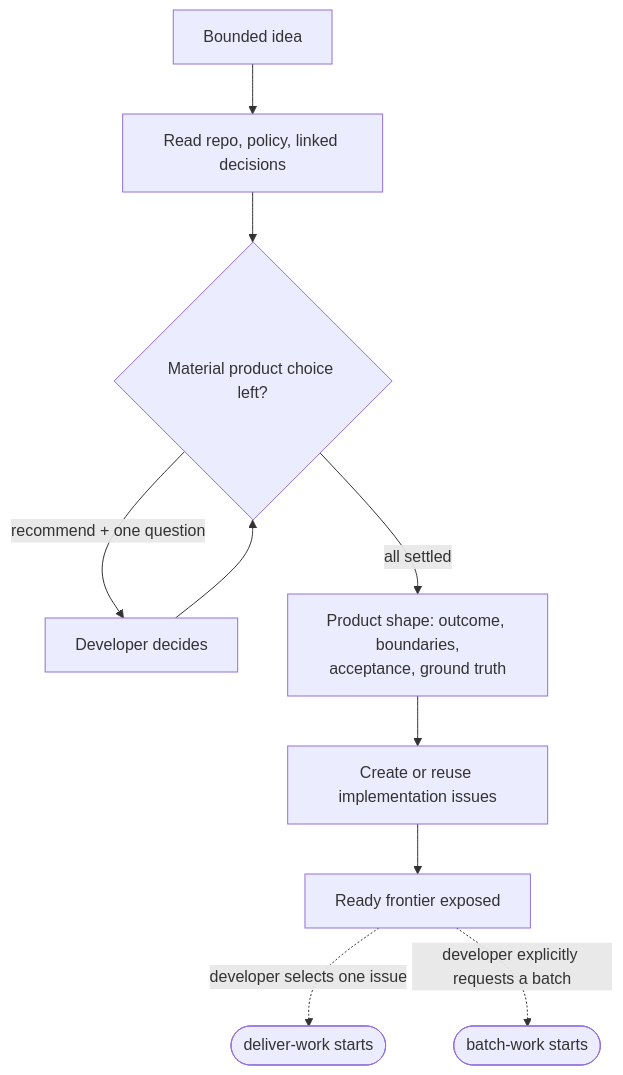
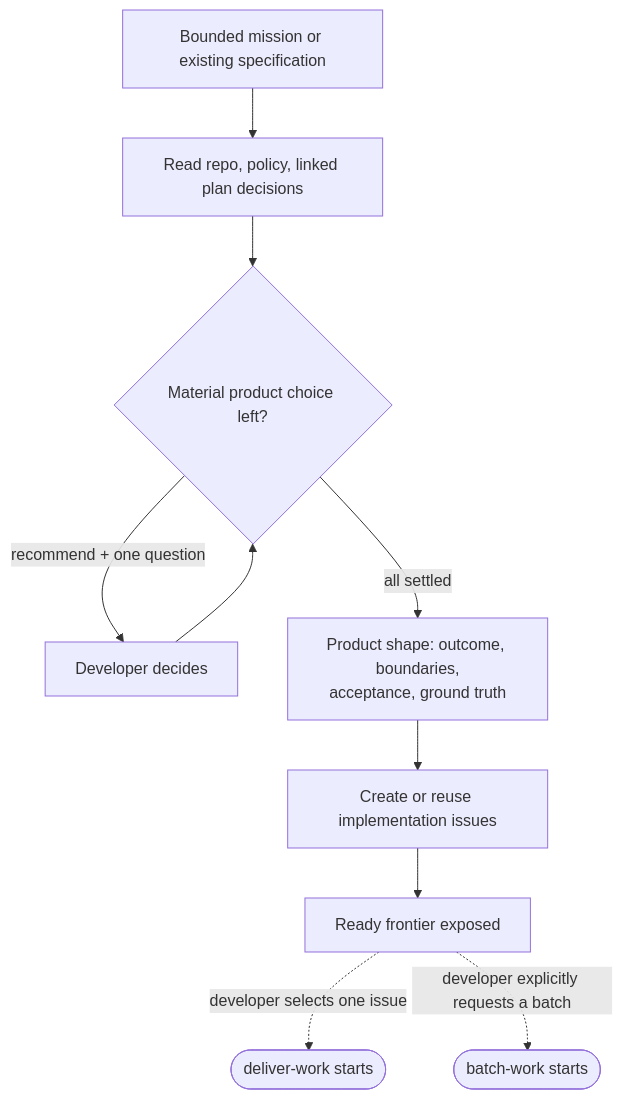
The diagram in docs-site/skills/shape-work.md (sockulags/agent-os), drawn with Mermaid before and after one commit. The commit also changed other lines of this file and 74 other files, not shown here.

````diff
--- a/docs-site/skills/shape-work.md
+++ b/docs-site/skills/shape-work.md
@@ -14,12 +15,12 @@
 ```mermaid
 flowchart TD
-    A[Bounded idea] --> B[Read repo, policy, linked decisions]
+    A[Bounded mission or existing specification] --> B[Read repo, policy, linked plan decisions]
     B --> C{Material product choice left?}
     C -->|recommend + one question| D[Developer decides]
     D --> C
     C -->|all settled| E[Product shape: outcome, boundaries,<br>acceptance, ground truth]
     E --> F[Create or reuse implementation issues]
     F --> G[Ready frontier exposed]
     G -.->|developer selects one issue| H([deliver-work starts])
     G -.->|developer explicitly requests a batch| I([batch-work starts])
 ```
````
